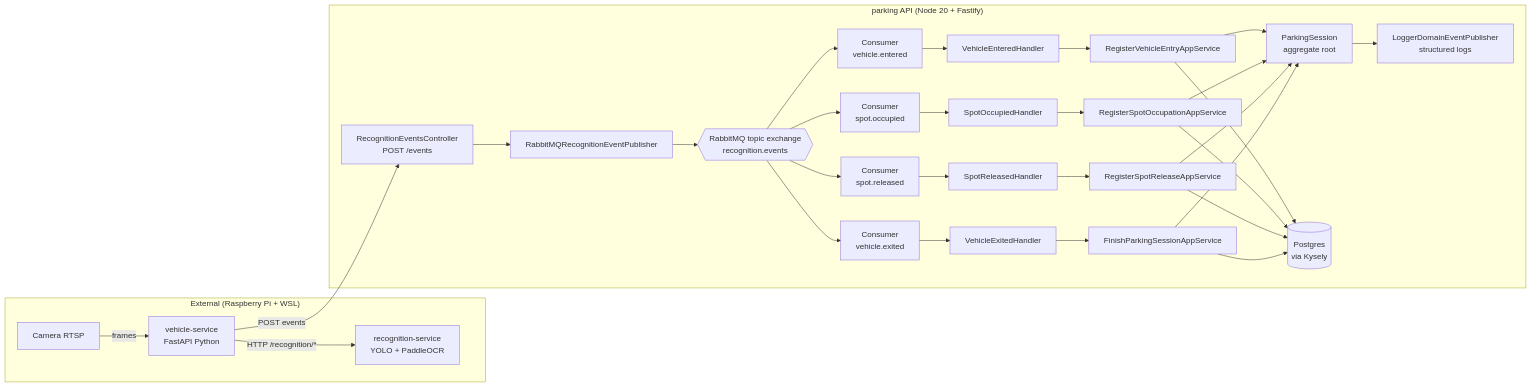
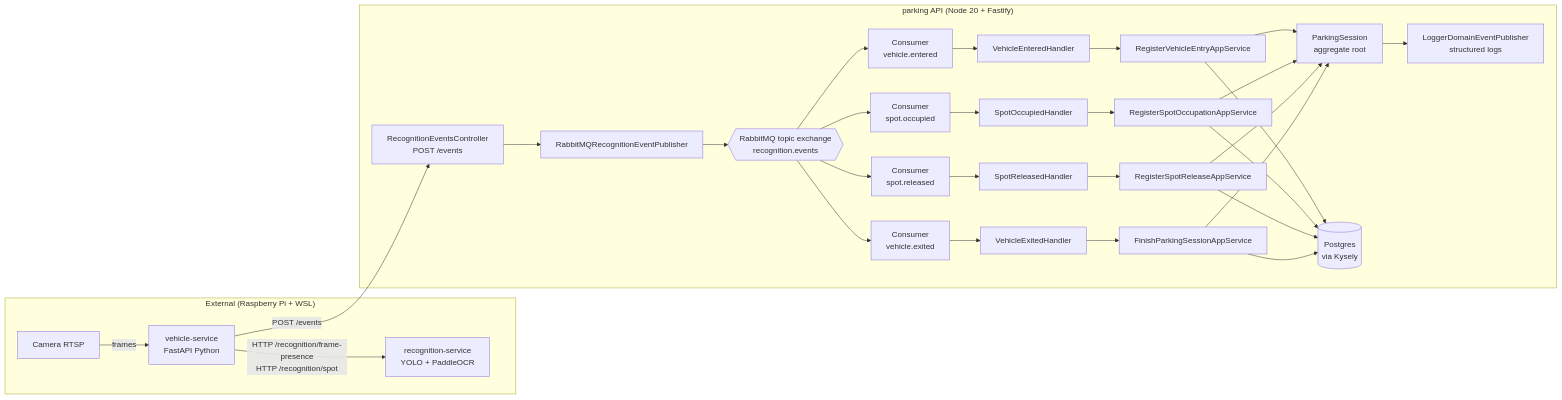
One commit to luigimenezes13/parking changed the first of 9 diagrams in docs/sprint-5-events-flow.md. Above: the diagram before and after it, drawn with Mermaid. The commit also changed other lines of this file and 30 other files, not shown here.

Commit message:
feat: enhance parking session management by implementing pending vehicle handling, updating session creation logic, and refining event emission for vehicle entry and exit

````diff
--- a/docs/sprint-5-events-flow.md
+++ b/docs/sprint-5-events-flow.md
@@ -28,44 +66,44 @@
 ```mermaid
 flowchart LR
     subgraph External["External (Raspberry Pi + WSL)"]
         camera[Camera RTSP]
         vs[vehicle-service<br/>FastAPI Python]
         rs[recognition-service<br/>YOLO + PaddleOCR]
         camera -->|frames| vs
-        vs -->|HTTP /recognition/*| rs
+        vs -->|HTTP /recognition/frame-presence<br/>HTTP /recognition/spot| rs
     end
 
     subgraph Parking["parking API (Node 20 + Fastify)"]
         ctrl[RecognitionEventsController<br/>POST /events]
         pub[RabbitMQRecognitionEventPublisher]
         rmq{{RabbitMQ topic exchange<br/>recognition.events}}
         cv[Consumer<br/>vehicle.entered]
         co[Consumer<br/>spot.occupied]
         cr[Consumer<br/>spot.released]
         cx[Consumer<br/>vehicle.exited]
-        h1[VehicleEnteredHandler]
-        h2[SpotOccupiedHandler]
-        h3[SpotReleasedHandler]
-        h4[VehicleExitedHandler]
-        s1[RegisterVehicleEntryAppService]
-        s2[RegisterSpotOccupationAppService]
-        s3[RegisterSpotReleaseAppService]
-        s4[FinishParkingSessionAppService]
+        h1[VehicleEnteredHandler] --> s1[RegisterVehicleEntryAppService]
+        h2[SpotOccupiedHandler] --> s2[RegisterSpotOccupationAppService]
+        h3[SpotReleasedHandler] --> s3[RegisterSpotReleaseAppService]
+        h4[VehicleExitedHandler] --> s4[FinishParkingSessionAppService]
         agg[ParkingSession<br/>aggregate root]
         repos[(Postgres<br/>via Kysely)]
         log[LoggerDomainEventPublisher<br/>structured logs]
 
         ctrl --> pub --> rmq
-        rmq --> cv --> h1 --> s1 --> agg
-        rmq --> co --> h2 --> s2 --> agg
-        rmq --> cr --> h3 --> s3 --> agg
-        rmq --> cx --> h4 --> s4 --> agg
+        rmq --> cv --> h1
+        rmq --> co --> h2
+        rmq --> cr --> h3
+        rmq --> cx --> h4
+        s1 --> agg
+        s2 --> agg
+        s3 --> agg
+        s4 --> agg
         s1 --> repos
         s2 --> repos
         s3 --> repos
         s4 --> repos
         agg --> log
     end
 
-    vs -->|POST events| ctrl
+    vs -->|POST /events| ctrl
 ```
````
